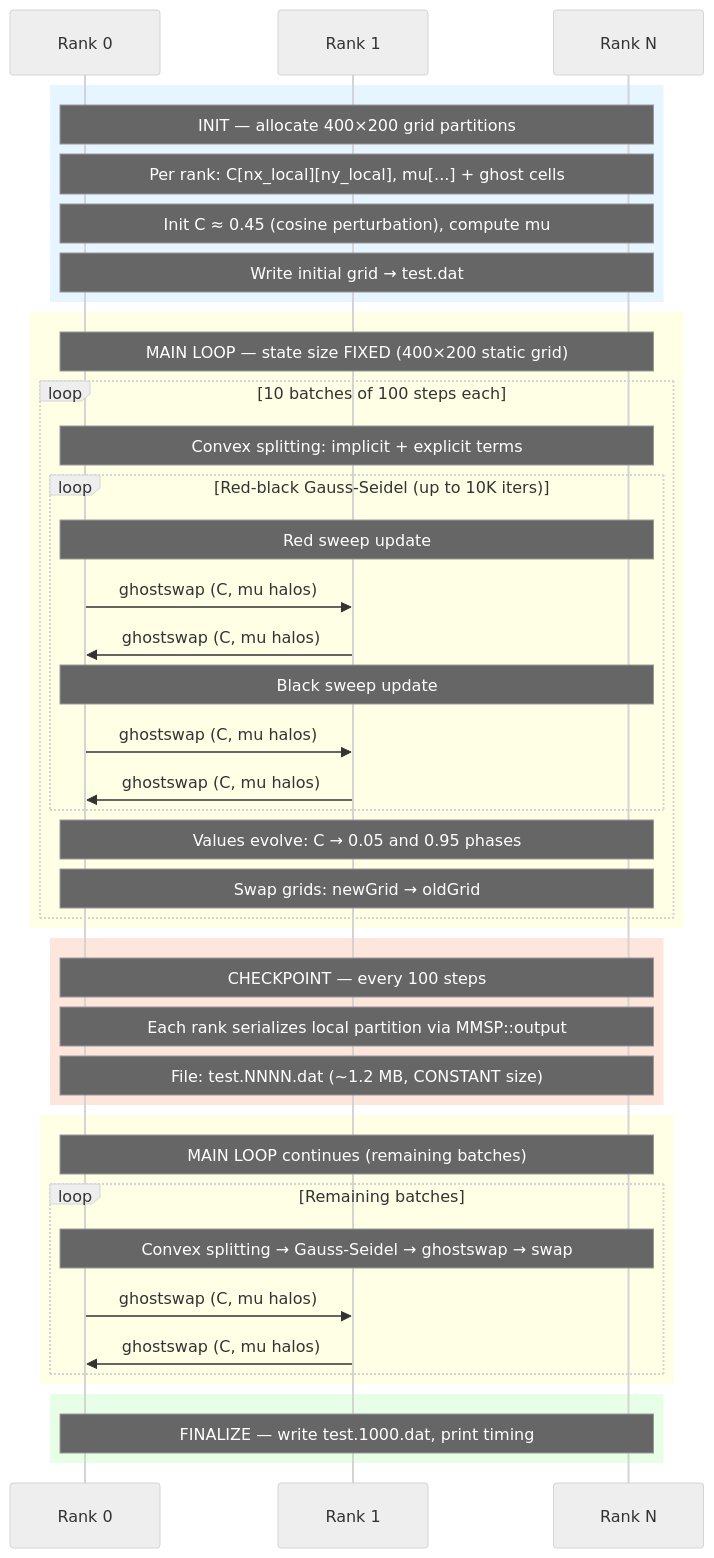
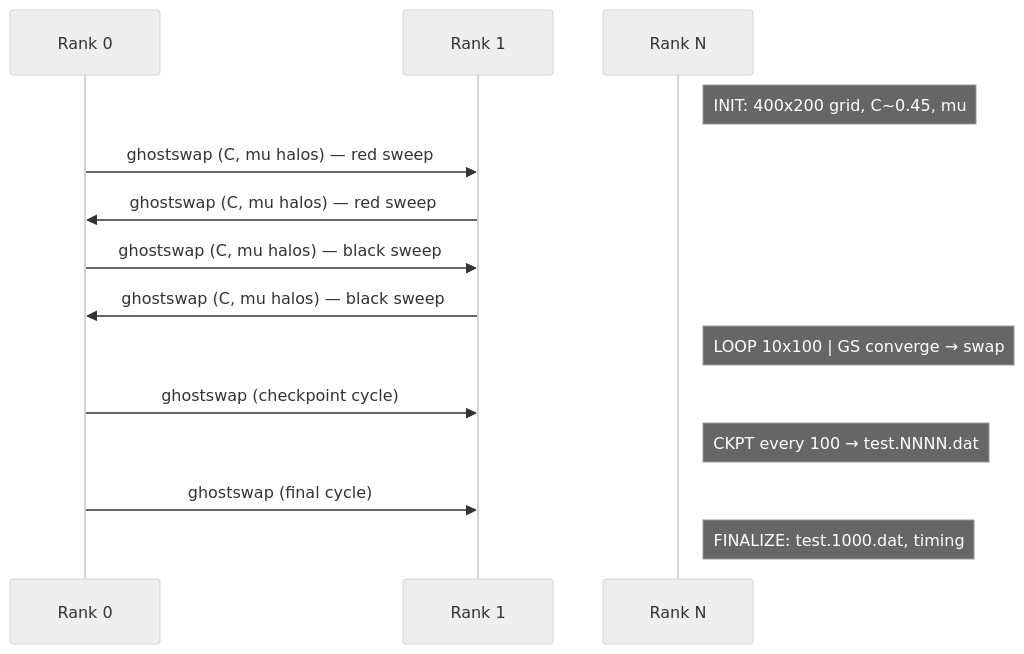
Before and after one commit to ngduchai/guard-agent: the third of 3 diagrams in tests/apps/docs/MMSP/README.md, drawn with Mermaid (neutral theme). The commit also changed other lines of this file and 43 other files, not shown here.

````diff
--- a/tests/apps/docs/MMSP/README.md
+++ b/tests/apps/docs/MMSP/README.md
@@ -110,49 +109,20 @@
 ```mermaid
 sequenceDiagram
     participant R0 as Rank 0
     participant R1 as Rank 1
     participant RN as Rank N
 
-    rect rgb(230,245,255)
-    Note over R0,RN: INIT — allocate 400×200 grid partitions
-    Note over R0,RN: Per rank: C[nx_local][ny_local], mu[...] + ghost cells
-    Note over R0,RN: Init C ≈ 0.45 (cosine perturbation), compute mu
-    Note over R0,RN: Write initial grid → test.dat
-    end
+    Note right of RN: INIT: 400x200 grid, C~0.45, mu
 
-    rect rgb(255,255,230)
-    Note over R0,RN: MAIN LOOP — state size FIXED (400×200 static grid)
-    loop 10 batches of 100 steps each
-        Note over R0,RN: Convex splitting: implicit + explicit terms
-        loop Red-black Gauss-Seidel (up to 10K iters)
-            Note over R0,RN: Red sweep update
-            R0->>R1: ghostswap (C, mu halos)
-            R1->>R0: ghostswap (C, mu halos)
-            Note over R0,RN: Black sweep update
-            R0->>R1: ghostswap (C, mu halos)
-            R1->>R0: ghostswap (C, mu halos)
-        end
-        Note over R0,RN: Values evolve: C → 0.05 and 0.95 phases
-        Note over R0,RN: Swap grids: newGrid → oldGrid
-    end
-    end
+    R0->>R1: ghostswap (C, mu halos) — red sweep
+    R1->>R0: ghostswap (C, mu halos) — red sweep
+    R0->>R1: ghostswap (C, mu halos) — black sweep
+    R1->>R0: ghostswap (C, mu halos) — black sweep
+    Note right of RN: LOOP 10x100 | GS converge → swap
 
-    rect rgb(255,230,220)
-    Note over R0,RN: CHECKPOINT — every 100 steps
-    Note over R0,RN: Each rank serializes local partition via MMSP::output
-    Note over R0,RN: File: test.NNNN.dat (~1.2 MB, CONSTANT size)
-    end
+    R0->>R1: ghostswap (checkpoint cycle)
+    Note right of RN: CKPT every 100 → test.NNNN.dat
 
-    rect rgb(255,255,230)
-    Note over R0,RN: MAIN LOOP continues (remaining batches)
-    loop Remaining batches
-        Note over R0,RN: Convex splitting → Gauss-Seidel → ghostswap → swap
-        R0->>R1: ghostswap (C, mu halos)
-        R1->>R0: ghostswap (C, mu halos)
-    end
-    end
-
-    rect rgb(230,255,230)
-    Note over R0,RN: FINALIZE — write test.1000.dat, print timing
-    end
+    R0->>R1: ghostswap (final cycle)
+    Note right of RN: FINALIZE: test.1000.dat, timing
 ```
````
